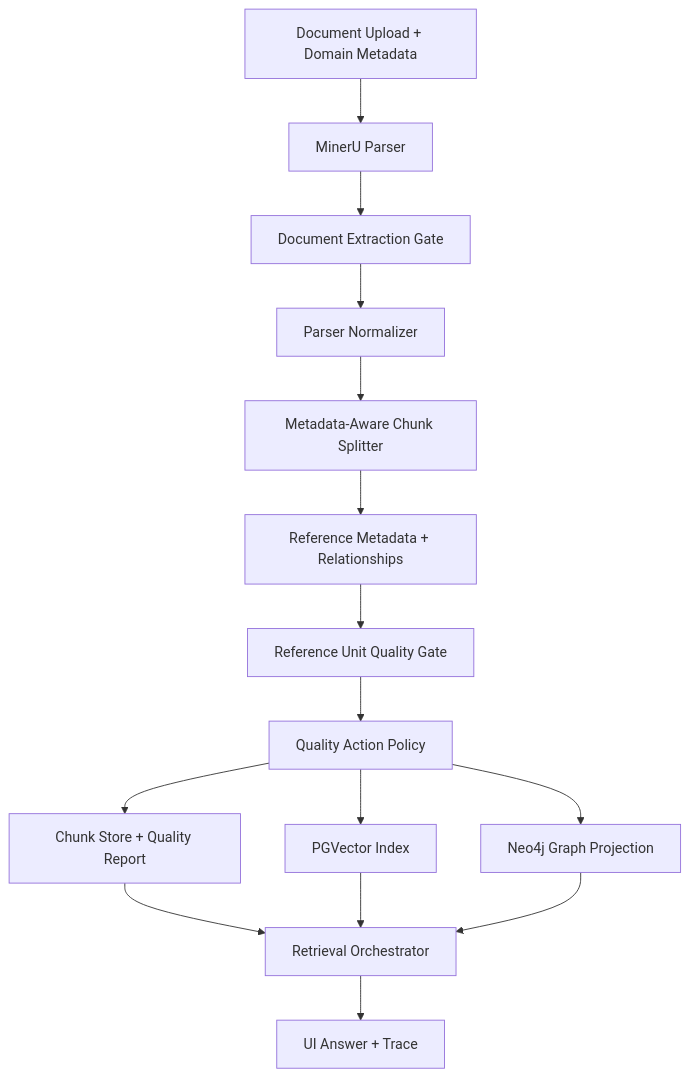
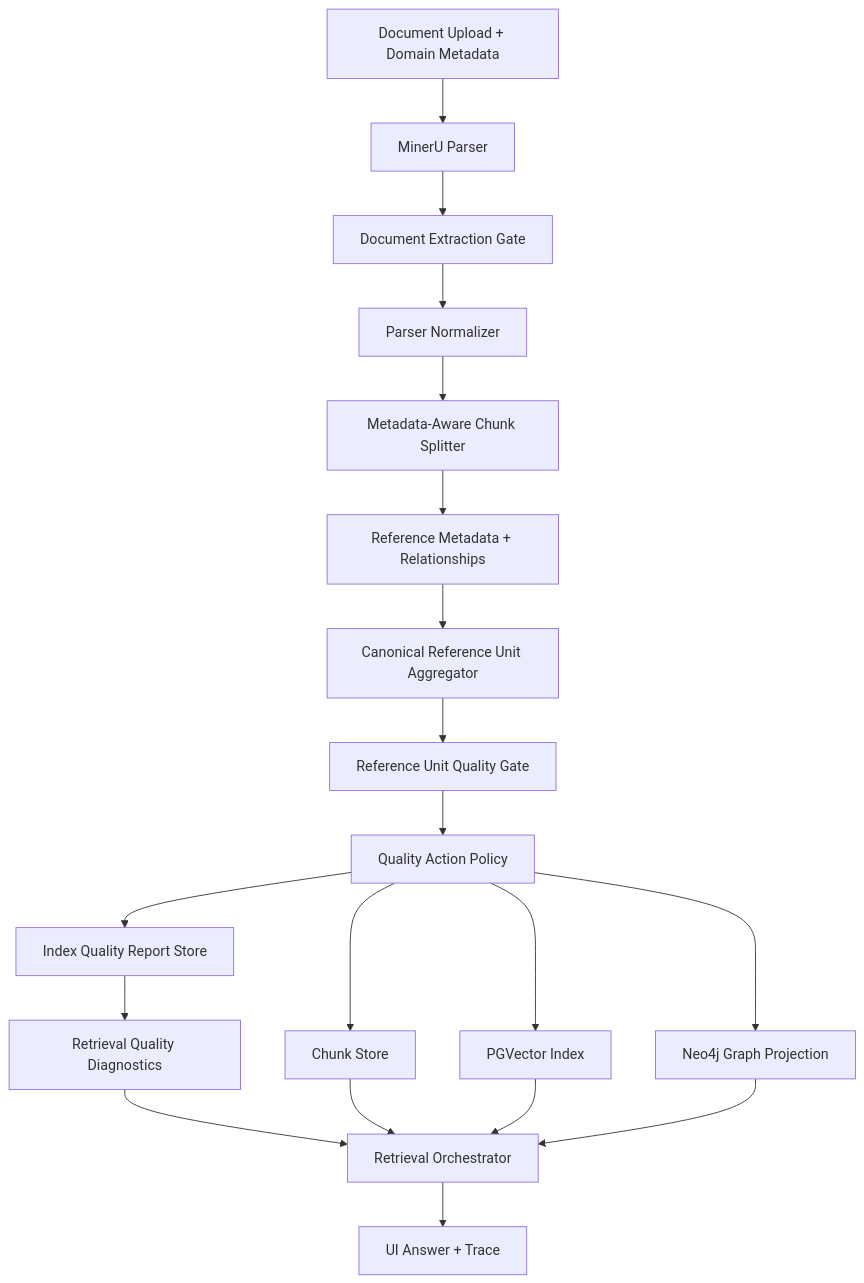
The diagram in docs/superpowers/specs/2026-05-12-metadata-aware-index-quality-gate.md (jihadajUAEU/Ragstudio), drawn with Mermaid before and after one commit. The commit also changed other lines of this file and 16 other files, not shown here.

````diff
--- a/docs/superpowers/specs/2026-05-12-metadata-aware-index-quality-gate.md
+++ b/docs/superpowers/specs/2026-05-12-metadata-aware-index-quality-gate.md
@@ -57,31 +77,38 @@
 ```mermaid
 flowchart TD
     Upload["Document Upload + Domain Metadata"]
     Parser["MinerU Parser"]
     DocGate["Document Extraction Gate"]
     Normalizer["Parser Normalizer"]
     Splitter["Metadata-Aware Chunk Splitter"]
     Relations["Reference Metadata + Relationships"]
+    RefAgg["Canonical Reference Unit Aggregator"]
     RefGate["Reference Unit Quality Gate"]
     Policy["Quality Action Policy"]
-    Store["Chunk Store + Quality Report"]
+    Store["Chunk Store"]
+    QualityStore["Index Quality Report Store"]
     Vector["PGVector Index"]
     Graph["Neo4j Graph Projection"]
+    RetrievalDiag["Retrieval Quality Diagnostics"]
     Retrieval["Retrieval Orchestrator"]
     UI["UI Answer + Trace"]
 
     Upload --> Parser
     Parser --> DocGate
     DocGate --> Normalizer
     Normalizer --> Splitter
     Splitter --> Relations
-    Relations --> RefGate
+    Relations --> RefAgg
+    RefAgg --> RefGate
     RefGate --> Policy
     Policy --> Store
+    Policy --> QualityStore
     Policy --> Vector
     Policy --> Graph
+    QualityStore --> RetrievalDiag
+    RetrievalDiag --> Retrieval
     Store --> Retrieval
     Vector --> Retrieval
     Graph --> Retrieval
     Retrieval --> UI
 ```
````
